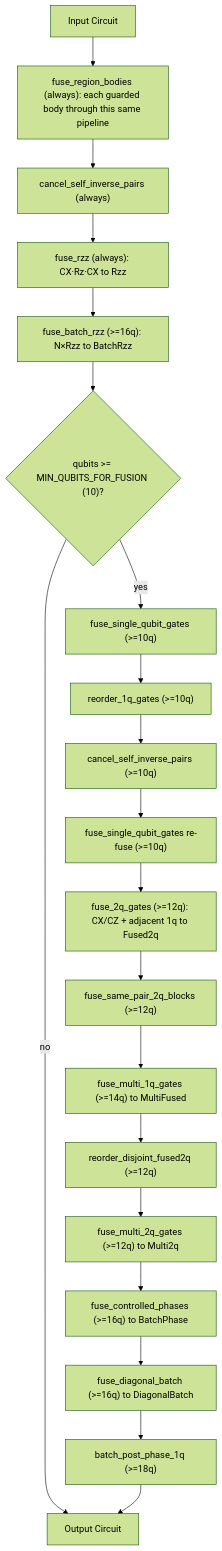
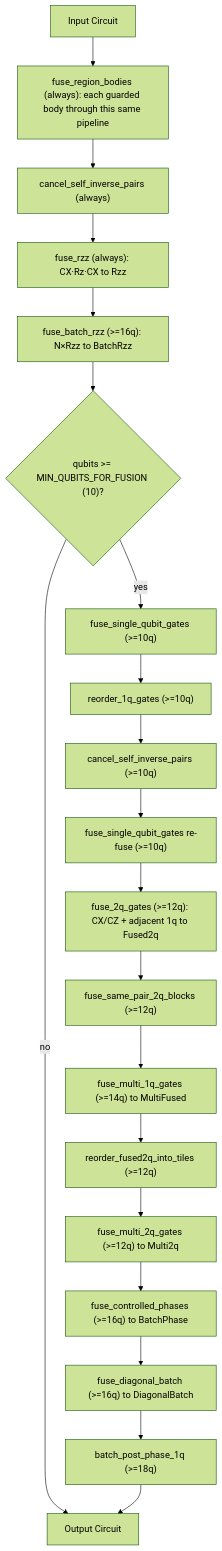
One commit to AbeCoull/prism-q changed the diagram in docs/architecture/fusion.md. Above: the diagram before and after it, drawn with Mermaid (forest theme). The commit also changed 5 other files, not shown here.

````diff
--- a/docs/architecture/fusion.md
+++ b/docs/architecture/fusion.md
@@ -10,22 +10,22 @@
 ```mermaid
 flowchart TD
     IN[Input Circuit] --> PR["fuse_region_bodies (always): each guarded body through this same pipeline"]
     PR --> P0["cancel_self_inverse_pairs (always)"]
     P0 --> P0r["fuse_rzz (always): CX&middot;Rz&middot;CX to Rzz"]
     P0r --> P0b["fuse_batch_rzz (>=16q): N&times;Rzz to BatchRzz"]
     P0b --> G{"qubits >= MIN_QUBITS_FOR_FUSION (10)?"}
     G -- no --> OUT[Output Circuit]
     G -- yes --> P1["fuse_single_qubit_gates (>=10q)"]
     P1 --> P1r["reorder_1q_gates (>=10q)"]
     P1r --> P1c["cancel_self_inverse_pairs (>=10q)"]
     P1c --> P1f["fuse_single_qubit_gates re-fuse (>=10q)"]
     P1f --> P2q["fuse_2q_gates (>=12q): CX/CZ + adjacent 1q to Fused2q"]
     P2q --> P2qb["fuse_same_pair_2q_blocks (>=12q)"]
     P2qb --> P2["fuse_multi_1q_gates (>=14q) to MultiFused"]
-    P2 --> P2qr["reorder_disjoint_fused2q (>=12q)"]
+    P2 --> P2qr["reorder_fused2q_into_tiles (>=12q)"]
     P2qr --> Pm2q["fuse_multi_2q_gates (>=12q) to Multi2q"]
     Pm2q --> Pcp["fuse_controlled_phases (>=16q) to BatchPhase"]
     Pcp --> Pdb["fuse_diagonal_batch (>=16q) to DiagonalBatch"]
     Pdb --> Ppp["batch_post_phase_1q (>=18q)"]
     Ppp --> OUT
 ```
````
